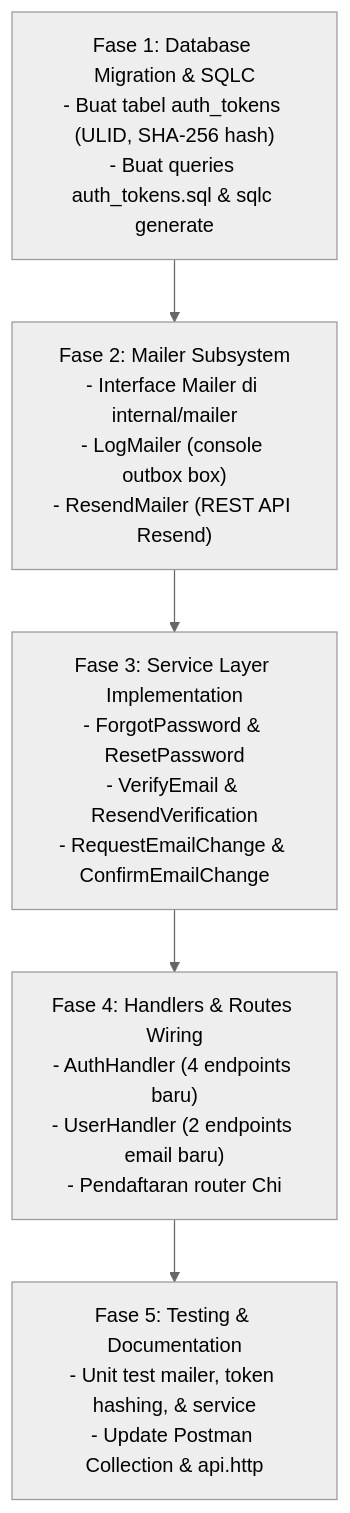
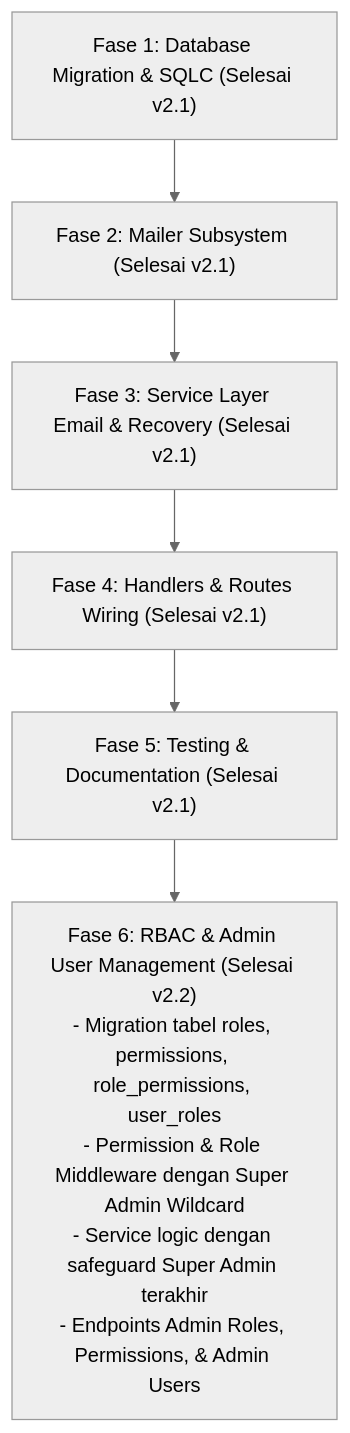
The diagram in docs/starter_kit_specification.md (mochammadbagas/go-crud-api), drawn with Mermaid (neutral theme) before and after one commit. The commit also changed other lines of this file and 39 other files, not shown here.

Commit message:
feat: implement granular rbac and admin user management (v2.2)

````diff
--- a/docs/starter_kit_specification.md
+++ b/docs/starter_kit_specification.md
@@ -307,10 +462,12 @@
 ```mermaid
 flowchart TD
-    Phase1["Fase 1: Database Migration & SQLC\n- Buat tabel auth_tokens (ULID, SHA-256 hash)\n- Buat queries auth_tokens.sql & sqlc generate"]
-    Phase2["Fase 2: Mailer Subsystem\n- Interface Mailer di internal/mailer\n- LogMailer (console outbox box)\n- ResendMailer (REST API Resend)"]
-    Phase3["Fase 3: Service Layer Implementation\n- ForgotPassword & ResetPassword\n- VerifyEmail & ResendVerification\n- RequestEmailChange & ConfirmEmailChange"]
-    Phase4["Fase 4: Handlers & Routes Wiring\n- AuthHandler (4 endpoints baru)\n- UserHandler (2 endpoints email baru)\n- Pendaftaran router Chi"]
-    Phase5["Fase 5: Testing & Documentation\n- Unit test mailer, token hashing, & service\n- Update Postman Collection & api.http"]
+    Phase1["Fase 1: Database Migration & SQLC (Selesai v2.1)"]
+    Phase2["Fase 2: Mailer Subsystem (Selesai v2.1)"]
+    Phase3["Fase 3: Service Layer Email & Recovery (Selesai v2.1)"]
+    Phase4["Fase 4: Handlers & Routes Wiring (Selesai v2.1)"]
+    Phase5["Fase 5: Testing & Documentation (Selesai v2.1)"]
 
-    Phase1 --> Phase2 --> Phase3 --> Phase4 --> Phase5
+    Phase6["Fase 6: RBAC & Admin User Management (Selesai v2.2)\n- Migration tabel roles, permissions, role_permissions, user_roles\n- Permission & Role Middleware dengan Super Admin Wildcard\n- Service logic dengan safeguard Super Admin terakhir\n- Endpoints Admin Roles, Permissions, & Admin Users"]
+
+    Phase1 --> Phase2 --> Phase3 --> Phase4 --> Phase5 --> Phase6
 ```
````
